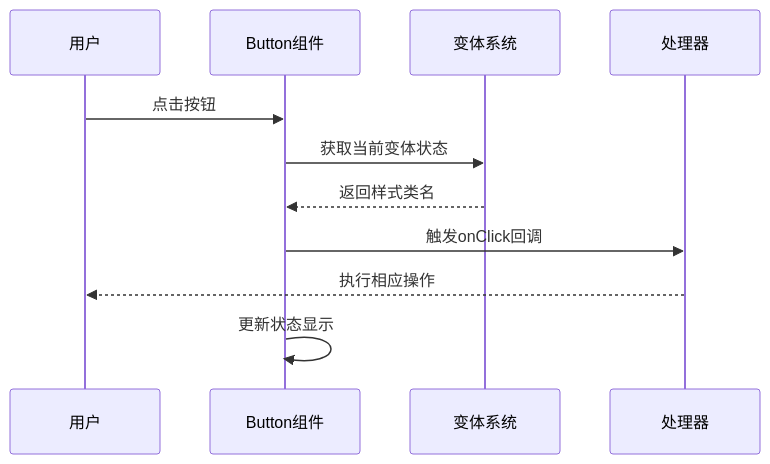
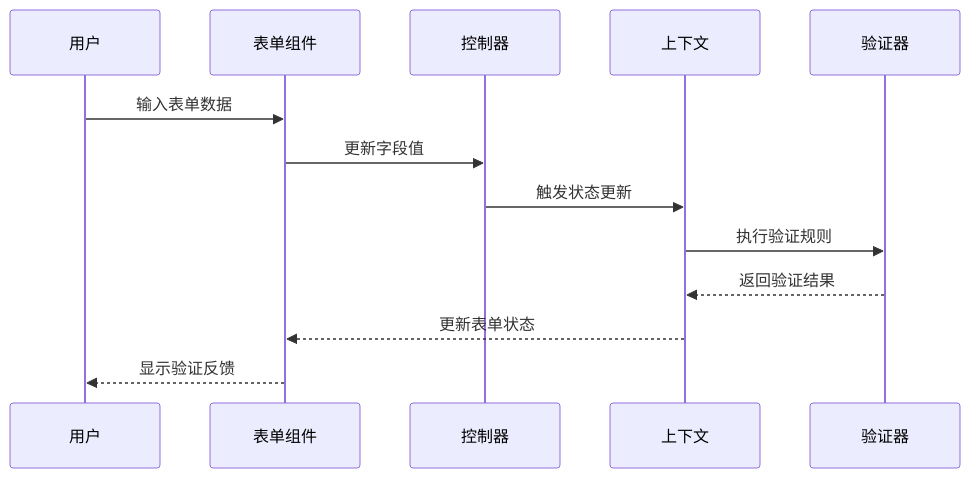
Before and after one commit to RadiumAg/bilibili-favorites: the fifth of 24 diagrams in .qoder/repowiki/zh/content/开发指南/UI_UX专业设计系统.md, drawn with Mermaid. The commit also changed other lines of this file and 21 other files, not shown here.

````diff
--- a/.qoder/repowiki/zh/content/开发指南/UI_UX专业设计系统.md
+++ b/.qoder/repowiki/zh/content/开发指南/UI_UX专业设计系统.md
@@ -352,13 +252,15 @@
 ```mermaid
 sequenceDiagram
-participant U as 用户
-participant B as Button组件
-participant V as 变体系统
-participant H as 处理器
-U->>B : 点击按钮
-B->>V : 获取当前变体状态
-V-->>B : 返回样式类名
-B->>H : 触发onClick回调
-H-->>U : 执行相应操作
-B->>B : 更新状态显示
+participant User as 用户
+participant Form as 表单组件
+participant Controller as 控制器
+participant Context as 上下文
+participant Validation as 验证器
+User->>Form : 输入表单数据
+Form->>Controller : 更新字段值
+Controller->>Context : 触发状态更新
+Context->>Validation : 执行验证规则
+Validation-->>Context : 返回验证结果
+Context-->>Form : 更新表单状态
+Form-->>User : 显示验证反馈
 ```
````
